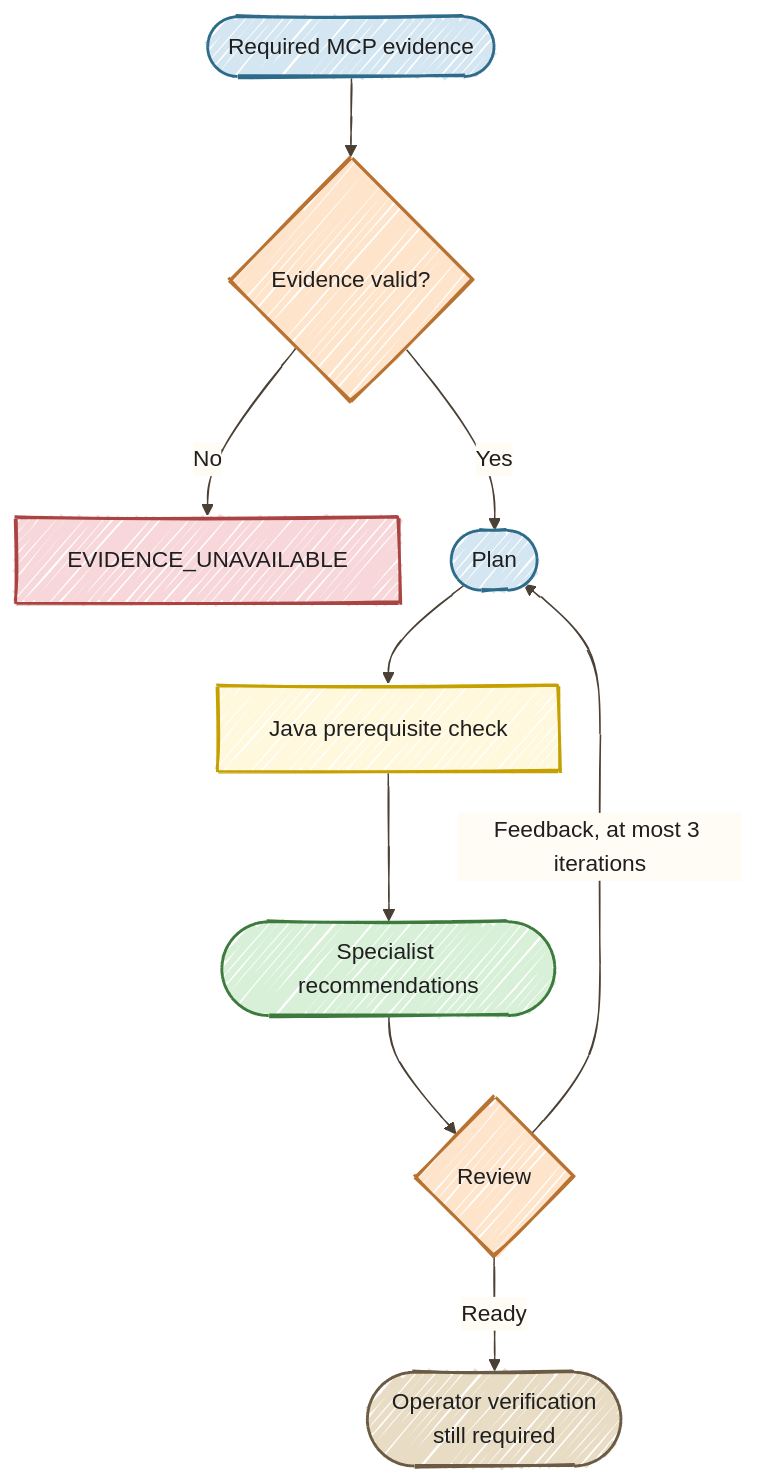
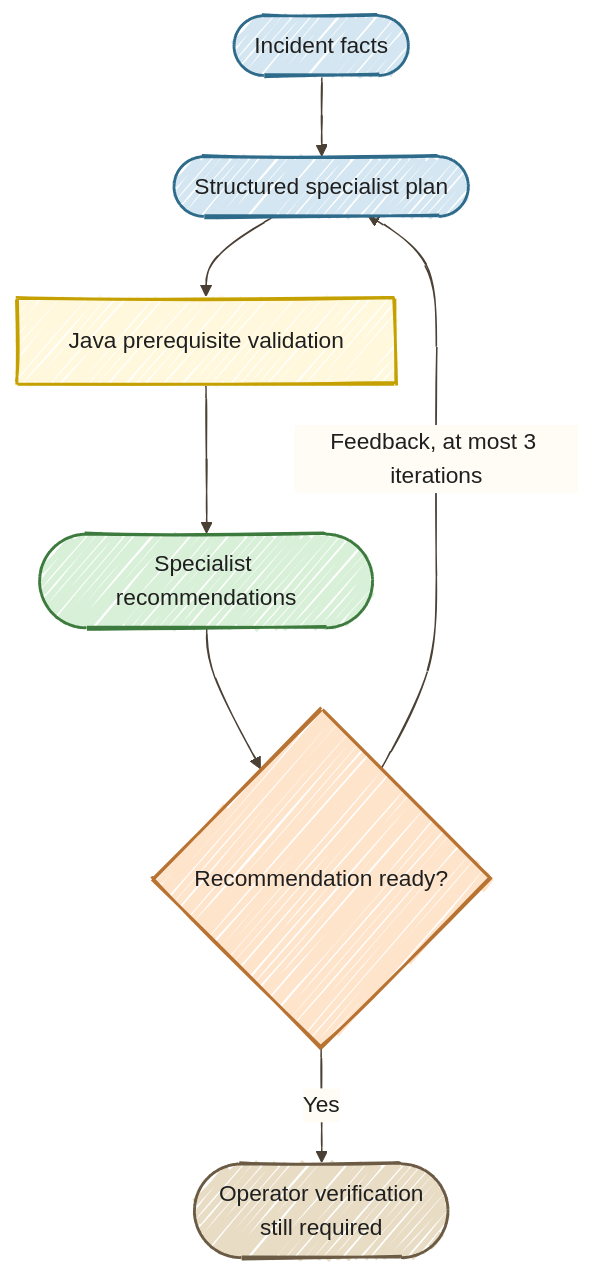
One commit to danieloh30/agentic-ai-java-workshop changed the diagram in docs/09-plan-execute/START_HERE.md. Above: the diagram before and after it, drawn with Mermaid. The commit also changed other lines of this file and 168 other files, not shown here.

````diff
--- a/docs/09-plan-execute/START_HERE.md
+++ b/docs/09-plan-execute/START_HERE.md
@@ -19,28 +23,19 @@
 ```mermaid
 %%{init: {'look':'handDrawn','theme':'base','themeVariables': {'darkMode':false,'background':'#FFFCF5','primaryTextColor':'#1F1F1F','secondaryTextColor':'#1F1F1F','tertiaryTextColor':'#1F1F1F','textColor':'#1F1F1F','lineColor':'#4A4035','edgeLabelBackground':'#FFFCF5','clusterBkg':'#F5F5F0','clusterBorder':'#6B5B45','fontSize':'16px'},'flowchart': {'nodeSpacing':35,'rankSpacing':55,'padding':18}}}%%
 flowchart TD
-    MCP(["Required MCP evidence"])
-    VALID{"Evidence valid?"}
-    STOP["EVIDENCE_UNAVAILABLE"]
-    PLAN(["Plan"])
-    CHECK["Java prerequisite check"]
+    FACTS(["Incident facts"])
+    PLAN(["Structured specialist plan"])
+    CHECK["Java prerequisite validation"]
     EXEC(["Specialist recommendations"])
-    REVIEW{"Review"}
-    HUMAN(["Operator verification<br/>still required"])
-
-    MCP --> VALID
-    VALID -->|No| STOP
-    VALID -->|Yes| PLAN
-    PLAN --> CHECK --> EXEC --> REVIEW
+    REVIEW{"Recommendation ready?"}
+    DONE(["Operator verification<br/>still required"])
+    FACTS --> PLAN --> CHECK --> EXEC --> REVIEW
     REVIEW -->|"Feedback, at most 3 iterations"| PLAN
-    REVIEW -->|Ready| HUMAN
-
-    style MCP fill:#D4E6F1,stroke:#2E6B8A,color:#1F1F1F,stroke-width:2px
-    style VALID fill:#FFE4CC,stroke:#B87333,color:#1F1F1F,stroke-width:2px
-    style STOP fill:#F8D7DA,stroke:#A94442,color:#1F1F1F,stroke-width:2px
+    REVIEW -->|Yes| DONE
+    style FACTS fill:#D4E6F1,stroke:#2E6B8A,color:#1F1F1F,stroke-width:2px
     style PLAN fill:#D4E6F1,stroke:#2E6B8A,color:#1F1F1F,stroke-width:2px
     style CHECK fill:#FFF8DC,stroke:#C4A000,color:#1F1F1F,stroke-width:2px
     style EXEC fill:#D8F0D8,stroke:#3D7A3D,color:#1F1F1F,stroke-width:2px
     style REVIEW fill:#FFE4CC,stroke:#B87333,color:#1F1F1F,stroke-width:2px
-    style HUMAN fill:#E8DCC4,stroke:#6B5B45,color:#1F1F1F,stroke-width:2px
+    style DONE fill:#E8DCC4,stroke:#6B5B45,color:#1F1F1F,stroke-width:2px
 ```
````
